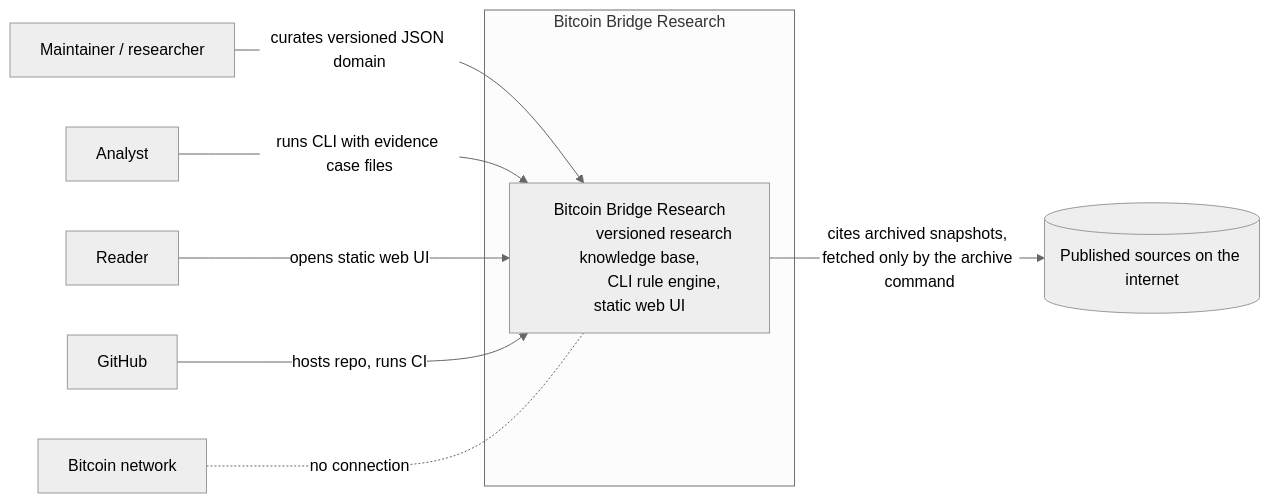
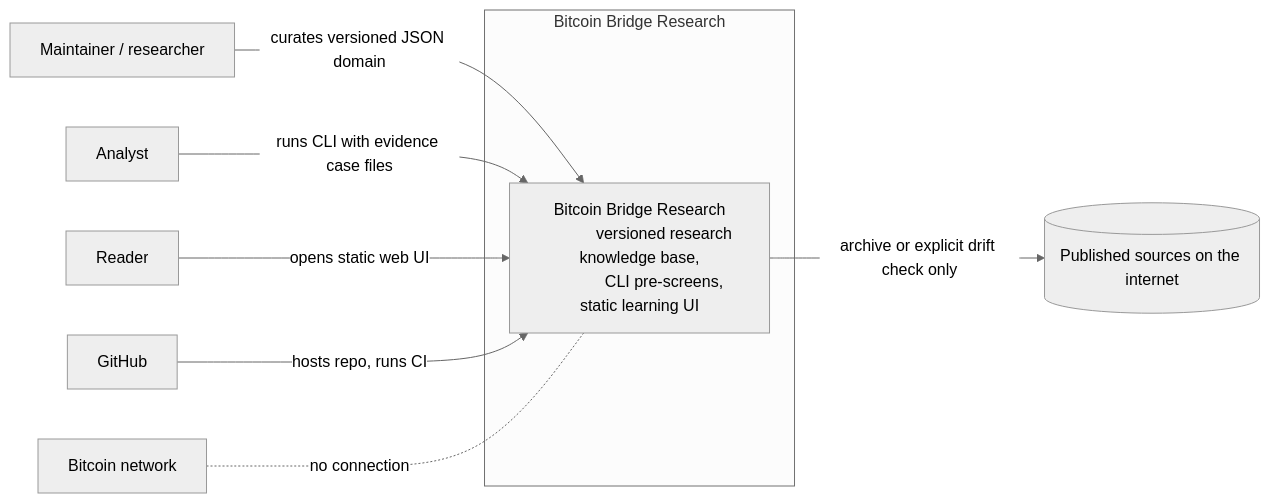
The first of 5 diagrams in docs/architecture-c4.md (bitkojine/bitcoin-bridge-research), drawn with Mermaid (neutral theme) before and after one commit. The commit also changed other lines of this file and 1 other file, not shown here.

Commit message:
Bring C4 architecture documentation in line with reality

````diff
--- a/docs/architecture-c4.md
+++ b/docs/architecture-c4.md
@@ -11,16 +11,16 @@
 ```mermaid
 flowchart LR
     subgraph "Bitcoin Bridge Research"
         SYS["Bitcoin Bridge Research
             versioned research knowledge base,
-            CLI rule engine, static web UI"]
+            CLI pre-screens, static learning UI"]
     end
 
     Maintainer["Maintainer / researcher"] -->|curates versioned JSON domain| SYS
     Analyst["Analyst"] -->|runs CLI with evidence case files| SYS
     Reader["Reader"] -->|opens static web UI| SYS
 
-    SYS -->|cites archived snapshots, fetched only by the archive command| SOURCES[("Published sources on the internet")]
+    SYS -->|archive or explicit drift check only| SOURCES[("Published sources on the internet")]
     GitHub["GitHub"] -->|hosts repo, runs CI| SYS
     Node["Bitcoin network"] -. no connection .- SYS
 ```
````
